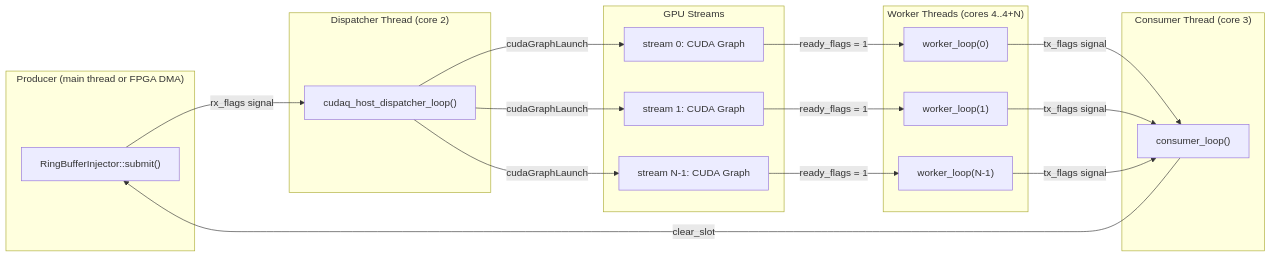
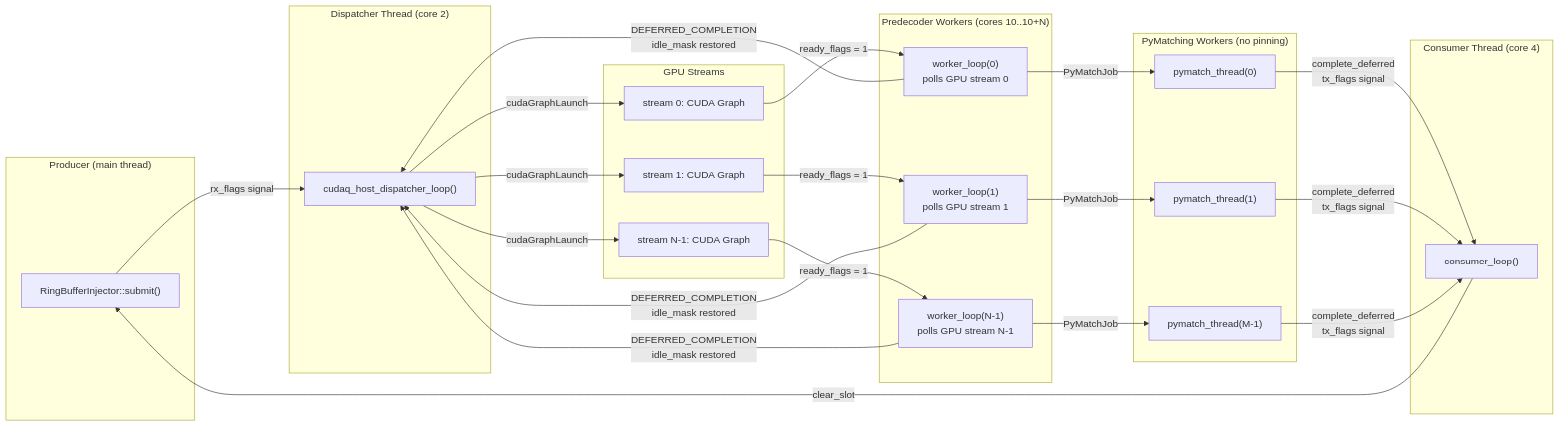
One commit to wsttiger/cudaqx changed the second of 8 diagrams in docs/realtime_pipeline_architecture.md. Above: the diagram before and after it, drawn with Mermaid. The commit also changed other lines of this file and 5 other files, not shown here.

First line of the commit message:
Decouple PyMatching workers from predecoder workers and update docs

````diff
--- a/docs/realtime_pipeline_architecture.md
+++ b/docs/realtime_pipeline_architecture.md
@@ -67,38 +78,50 @@
 ```mermaid
 flowchart LR
-    subgraph "Producer (main thread or FPGA DMA)"
+    subgraph "Producer (main thread)"
         P["RingBufferInjector::submit()"]
     end
 
     subgraph "Dispatcher Thread (core 2)"
         D["cudaq_host_dispatcher_loop()"]
     end
 
-    subgraph "Worker Threads (cores 4..4+N)"
-        W0["worker_loop(0)"]
-        W1["worker_loop(1)"]
-        Wn["worker_loop(N-1)"]
+    subgraph "Predecoder Workers (cores 10..10+N)"
+        W0["worker_loop(0)<br>polls GPU stream 0"]
+        W1["worker_loop(1)<br>polls GPU stream 1"]
+        Wn["worker_loop(N-1)<br>polls GPU stream N-1"]
     end
 
-    subgraph "Consumer Thread (core 3)"
+    subgraph "PyMatching Workers (no pinning)"
+        PM0["pymatch_thread(0)"]
+        PM1["pymatch_thread(1)"]
+        PMn["pymatch_thread(M-1)"]
+    end
+
+    subgraph "Consumer Thread (core 4)"
         C["consumer_loop()"]
     end
 
     subgraph "GPU Streams"
         G0["stream 0: CUDA Graph"]
         G1["stream 1: CUDA Graph"]
         Gn["stream N-1: CUDA Graph"]
     end
 
     P -->|"rx_flags signal"| D
     D -->|"cudaGraphLaunch"| G0
     D -->|"cudaGraphLaunch"| G1
     D -->|"cudaGraphLaunch"| Gn
     G0 -->|"ready_flags = 1"| W0
     G1 -->|"ready_flags = 1"| W1
     Gn -->|"ready_flags = 1"| Wn
-    W0 -->|"tx_flags signal"| C
-    W1 -->|"tx_flags signal"| C
-    Wn -->|"tx_flags signal"| C
+    W0 -->|"DEFERRED_COMPLETION<br>idle_mask restored"| D
+    W1 -->|"DEFERRED_COMPLETION<br>idle_mask restored"| D
+    Wn -->|"DEFERRED_COMPLETION<br>idle_mask restored"| D
+    W0 -->|"PyMatchJob"| PM0
+    W1 -->|"PyMatchJob"| PM1
+    Wn -->|"PyMatchJob"| PMn
+    PM0 -->|"complete_deferred<br>tx_flags signal"| C
+    PM1 -->|"complete_deferred<br>tx_flags signal"| C
+    PMn -->|"complete_deferred<br>tx_flags signal"| C
     C -->|"clear_slot"| P
 ```
````
